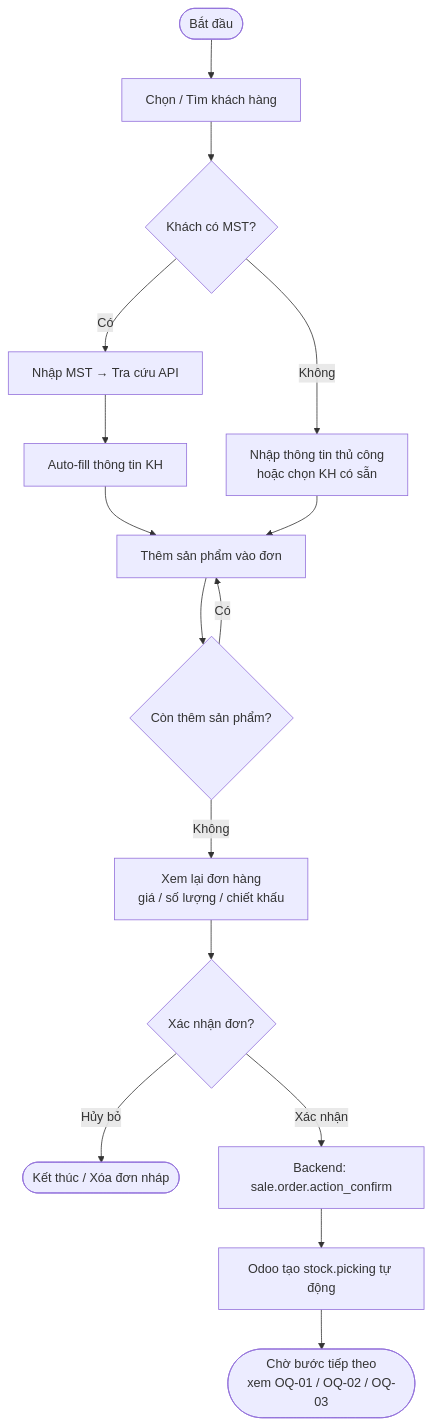
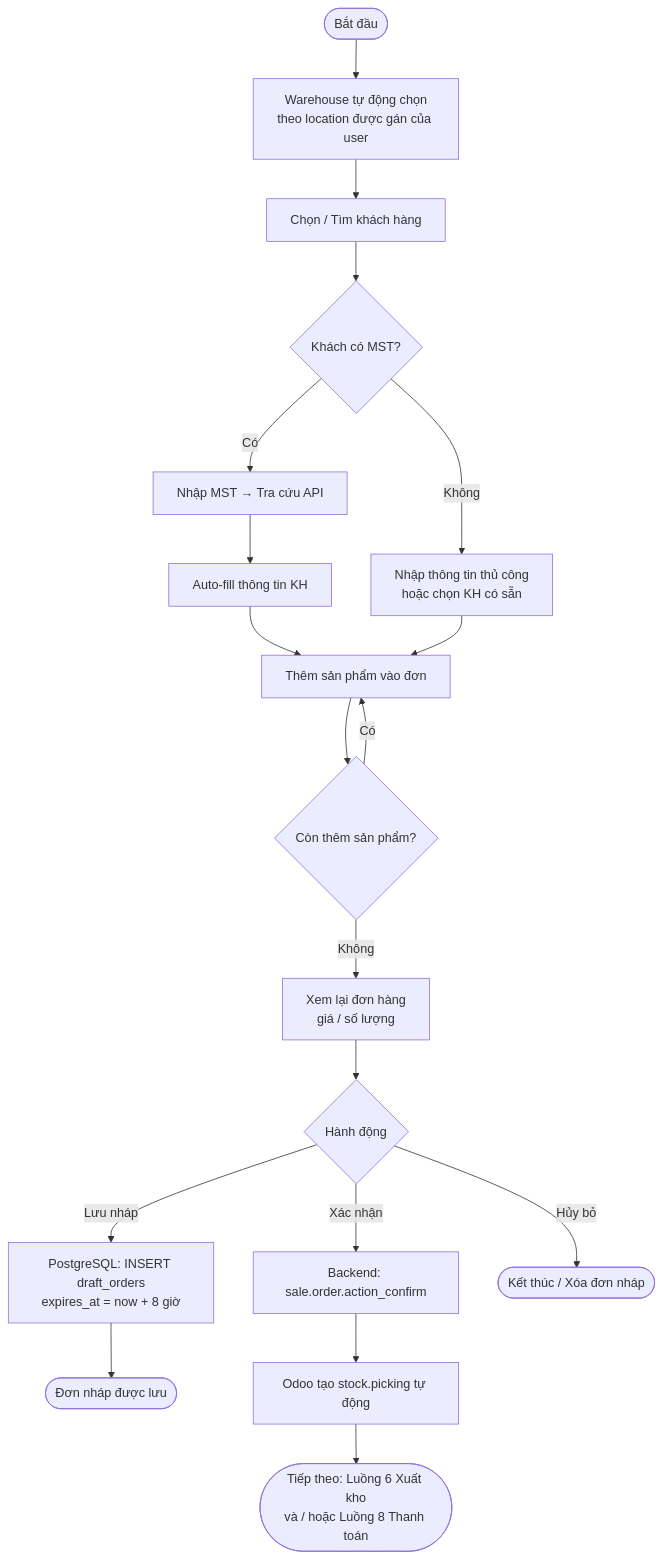
One commit to ngohuuduc/VJ_mobile_POS changed the second of 10 diagrams in docs/process_flow.md. Above: the diagram before and after it, drawn with Mermaid. The commit also changed other lines of this file and 2 other files, not shown here.

````diff
--- a/docs/process_flow.md
+++ b/docs/process_flow.md
@@ -39,18 +38,21 @@
 ```mermaid
 flowchart TD
-    A([Bắt đầu]) --> B[Chọn / Tìm khách hàng]
-    B --> C{Khách có MST?}
-    C -- Có --> D[Nhập MST → Tra cứu API]
-    D --> E[Auto-fill thông tin KH]
-    C -- Không --> F[Nhập thông tin thủ công\nhoặc chọn KH có sẵn]
-    E --> G[Thêm sản phẩm vào đơn]
-    F --> G
-    G --> H{Còn thêm sản phẩm?}
-    H -- Có --> G
-    H -- Không --> I[Xem lại đơn hàng\ngiá / số lượng / chiết khấu]
-    I --> J{Xác nhận đơn?}
-    J -- Hủy bỏ --> K([Kết thúc / Xóa đơn nháp])
-    J -- Xác nhận --> L[Backend: sale.order.action_confirm]
-    L --> M[Odoo tạo stock.picking tự động]
-    M --> N([Chờ bước tiếp theo\nxem OQ-01 / OQ-02 / OQ-03])
+    A([Bắt đầu]) --> B[Warehouse tự động chọn\ntheo location được gán của user]
+    B --> C[Chọn / Tìm khách hàng]
+    C --> D{Khách có MST?}
+    D -- Có --> E[Nhập MST → Tra cứu API]
+    E --> F[Auto-fill thông tin KH]
+    D -- Không --> G[Nhập thông tin thủ công\nhoặc chọn KH có sẵn]
+    F --> H[Thêm sản phẩm vào đơn]
+    G --> H
+    H --> I{Còn thêm sản phẩm?}
+    I -- Có --> H
+    I -- Không --> J[Xem lại đơn hàng\ngiá / số lượng]
+    J --> K{Hành động}
+    K -- Lưu nháp --> L[PostgreSQL: INSERT draft_orders\nexpires_at = now + 8 giờ]
+    L --> M([Đơn nháp được lưu])
+    K -- Xác nhận --> N[Backend: sale.order.action_confirm]
+    N --> O[Odoo tạo stock.picking tự động]
+    O --> P([Tiếp theo: Luồng 6 Xuất kho\nvà / hoặc Luồng 8 Thanh toán])
+    K -- Hủy bỏ --> Q([Kết thúc / Xóa đơn nháp])
 ```
````
